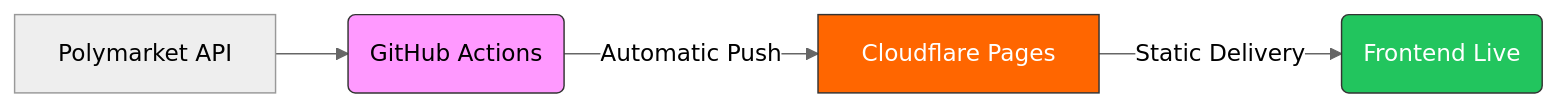
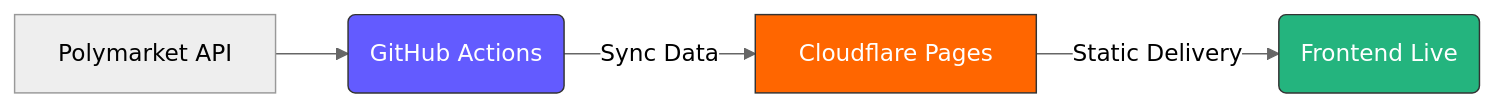
Before and after one commit to dark-warlord14/polylens-ui: the diagram in README.md, drawn with Mermaid (neutral theme). The commit also changed other lines of this file and 8 other files, not shown here.

````diff
--- a/README.md
+++ b/README.md
@@ -10,10 +17,10 @@
 ```mermaid
 graph LR
     A[Polymarket API] --> B(GitHub Actions)
-    B -->|Automatic Push| C[Cloudflare Pages]
+    B -->|Sync Data| C[Cloudflare Pages]
     C -->|Static Delivery| D(Frontend Live)
     
-    style B fill:#f9f,stroke:#333
+    style B fill:#635bff,stroke:#333,color:#fff
     style C fill:#f60,stroke:#333,color:#fff
-    style D fill:#22c55e,stroke:#333,color:#fff
+    style D fill:#24b47e,stroke:#333,color:#fff
 ```
````
